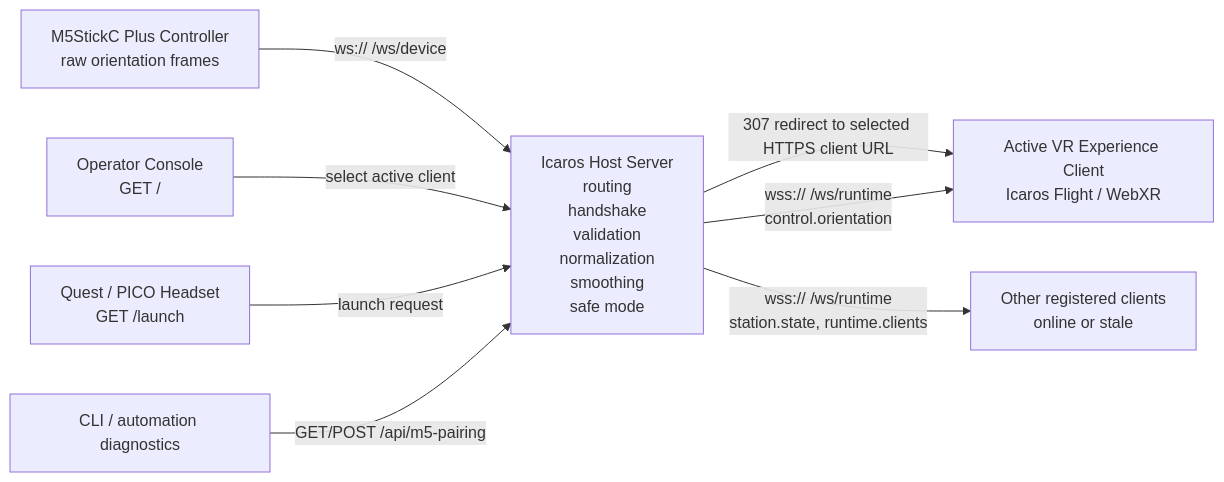
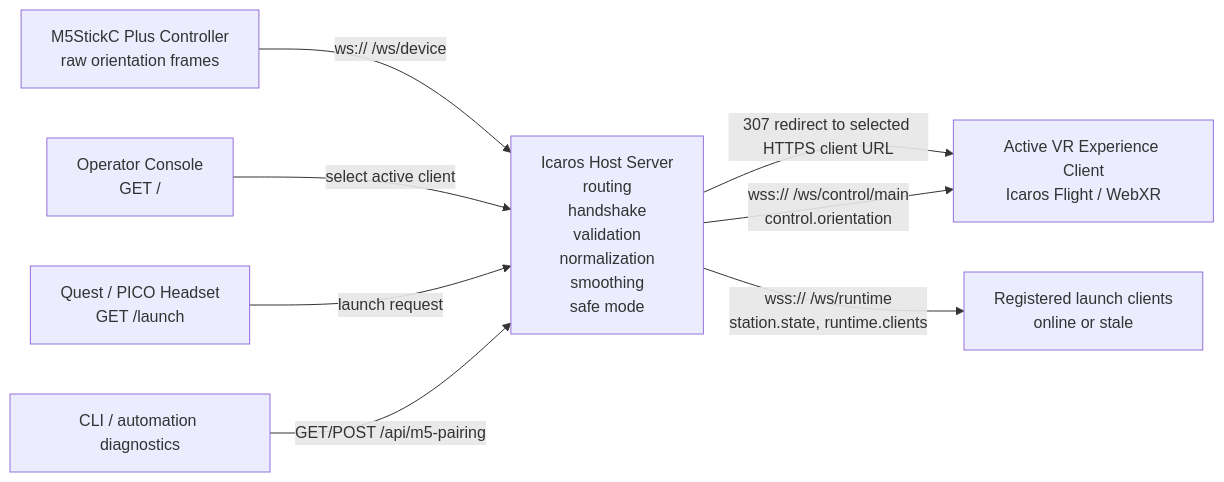
One commit to dweigend/Icaros_Host changed the diagram in README.md. Above: the diagram before and after it, drawn with Mermaid. The commit also changed other lines of this file and 15 other files, not shown here.

````diff
--- a/README.md
+++ b/README.md
@@ -21,13 +21,13 @@
 ```mermaid
 flowchart LR
     M5["M5StickC Plus Controller<br/>raw orientation frames"] -->|"ws:// /ws/device"| Host
     Operator["Operator Console<br/>GET /"] -->|"select active client"| Host
     Quest["Quest / PICO Headset<br/>GET /launch"] -->|"launch request"| Host
 
     Host["Icaros Host Server<br/>routing<br/>handshake<br/>validation<br/>normalization<br/>smoothing<br/>safe mode"]
 
     Host -->|"307 redirect to selected HTTPS client URL"| ActiveClient
-    Host -->|"wss:// /ws/runtime<br/>control.orientation"| ActiveClient["Active VR Experience Client<br/>Icaros Flight / WebXR"]
-    Host -->|"wss:// /ws/runtime<br/>station.state, runtime.clients"| OtherClients["Other registered clients<br/>online or stale"]
+    Host -->|"wss:// /ws/control/main<br/>control.orientation"| ActiveClient["Active VR Experience Client<br/>Icaros Flight / WebXR"]
+    Host -->|"wss:// /ws/runtime<br/>station.state, runtime.clients"| OtherClients["Registered launch clients<br/>online or stale"]
     Diagnostics["CLI / automation diagnostics"] -->|"GET/POST /api/m5-pairing"| Host
 ```
````
